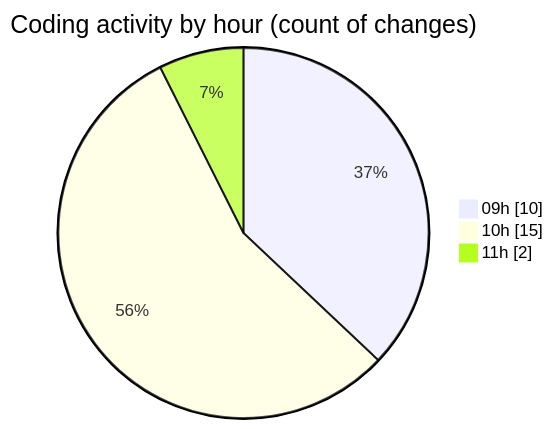
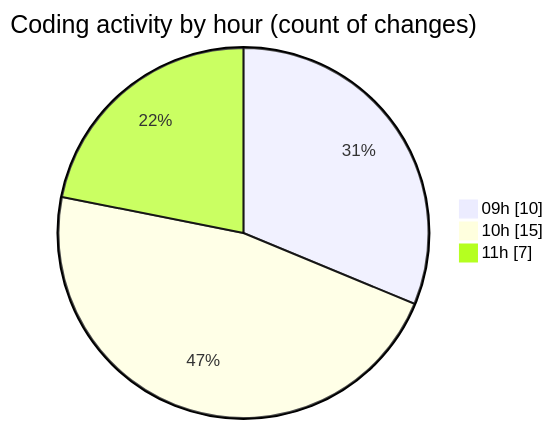
Before and after one commit to MatusMokan/code-tracking: the second of 2 diagrams in 2025-03-21/myws__workspace_/README.md, drawn with Mermaid. The commit also changed other lines of this file and 1 other file, not shown here.

````diff
--- a/2025-03-21/myws__workspace_/README.md
+++ b/2025-03-21/myws__workspace_/README.md
@@ -30,7 +30,7 @@
 ```mermaid
 pie showData
 title Coding activity by hour (count of changes)
 "09h" : 10
 "10h" : 15
-"11h" : 2
+"11h" : 7
 ```
````
